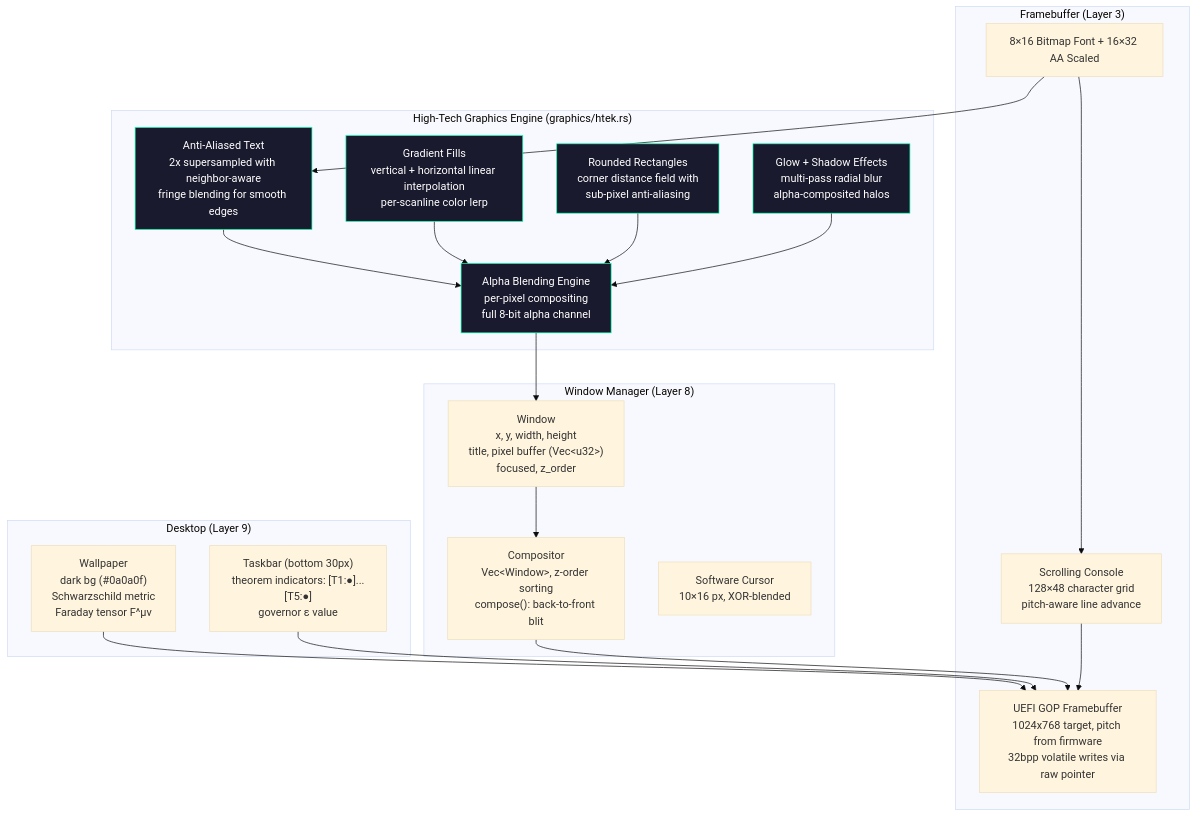
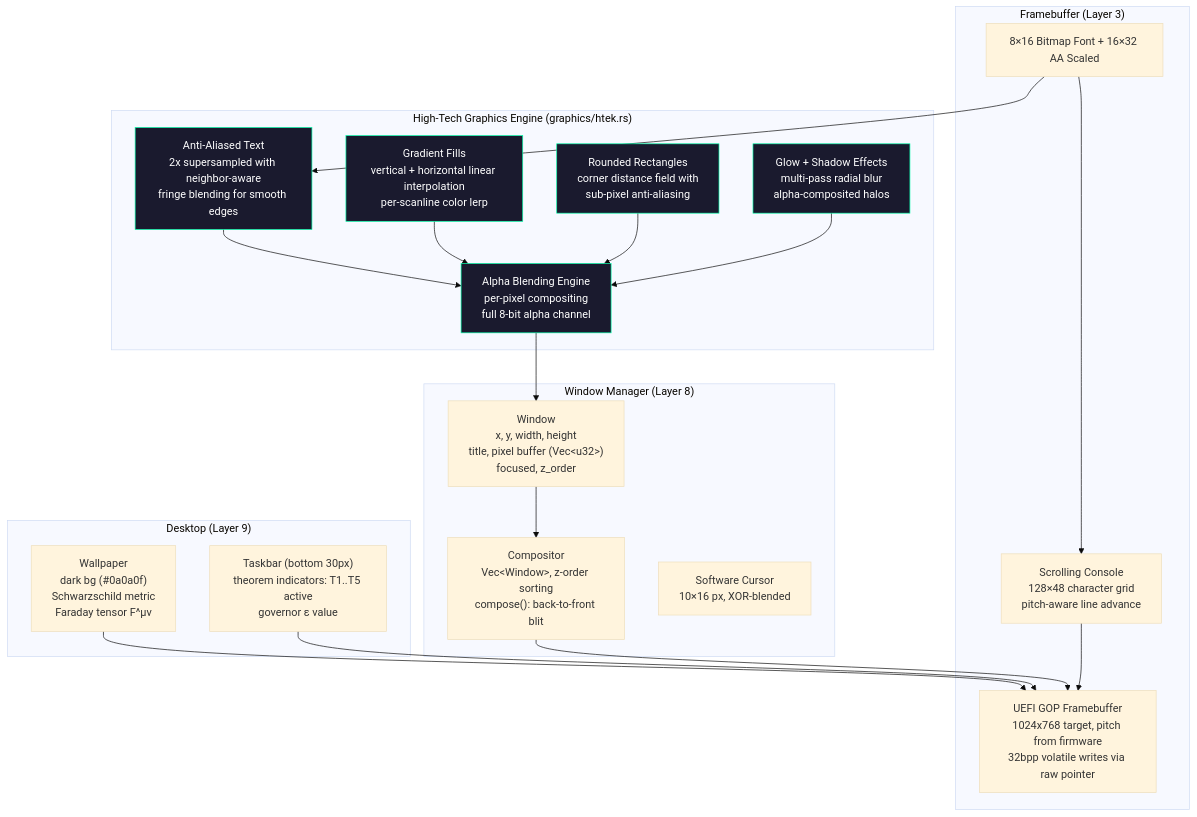
Before and after one commit to teerthsharma/Epsilon-Hollow: the tenth of 18 diagrams in README.md, drawn with Mermaid (base theme). The commit also changed other lines of this file and 110 other files, not shown here.

````diff
--- a/README.md
+++ b/README.md
@@ -824,43 +897,46 @@
 ```mermaid
 graph TD
-    subgraph "Framebuffer (Layer 3)"
+    subgraph SG41["Framebuffer (Layer 3)"]
         FB["UEFI GOP Framebuffer<br/>1024x768 target, pitch from firmware<br/>32bpp volatile writes via raw pointer"]
         FONT["8×16 Bitmap Font + 16×32 AA Scaled"]
         CONSOLE["Scrolling Console<br/>128×48 character grid<br/>pitch-aware line advance"]
     end
 
-    subgraph "High-Tech Graphics Engine (graphics/htek.rs)"
+    subgraph SG42["High-Tech Graphics Engine (graphics/htek.rs)"]
         HTEK_AA["Anti-Aliased Text<br/>2x supersampled with neighbor-aware<br/>fringe blending for smooth edges"]
         HTEK_GRAD["Gradient Fills<br/>vertical + horizontal linear interpolation<br/>per-scanline color lerp"]
         HTEK_ROUND["Rounded Rectangles<br/>corner distance field with<br/>sub-pixel anti-aliasing"]
         HTEK_GLOW["Glow + Shadow Effects<br/>multi-pass radial blur<br/>alpha-composited halos"]
         HTEK_BLEND["Alpha Blending Engine<br/>per-pixel compositing<br/>full 8-bit alpha channel"]
     end
 
-    subgraph "Window Manager (Layer 8)"
+    subgraph SG43["Window Manager (Layer 8)"]
         COMPOSITOR["Compositor<br/>Vec&lt;Window&gt;, z-order sorting<br/>compose(): back-to-front blit"]
         WINDOW["Window<br/>x, y, width, height<br/>title, pixel buffer (Vec&lt;u32&gt;)<br/>focused, z_order"]
         CURSOR["Software Cursor<br/>10×16 px, XOR-blended"]
     end
 
-    subgraph "Desktop (Layer 9)"
+    subgraph SG44["Desktop (Layer 9)"]
         WALLPAPER["Wallpaper<br/>dark bg (#0a0a0f)<br/>Schwarzschild metric<br/>Faraday tensor F^μν"]
-        TASKBAR["Taskbar (bottom 30px)<br/>theorem indicators: [T1:●]...[T5:●]<br/>governor ε value"]
+        TASKBAR["Taskbar (bottom 30px)<br/>theorem indicators: T1..T5 active<br/>governor ε value"]
     end
 
     WALLPAPER --> FB
     TASKBAR --> FB
     COMPOSITOR --> FB
     WINDOW --> COMPOSITOR
-    HTEK_AA & HTEK_GRAD & HTEK_ROUND & HTEK_GLOW --> HTEK_BLEND
+    HTEK_AA --> HTEK_BLEND
+    HTEK_GRAD --> HTEK_BLEND
+    HTEK_ROUND --> HTEK_BLEND
+    HTEK_GLOW --> HTEK_BLEND
     HTEK_BLEND --> WINDOW
     FONT --> HTEK_AA
     FONT --> CONSOLE
     CONSOLE --> FB
 
     style HTEK_AA fill:#1a1a2e,stroke:#00ffaa,color:#fff
     style HTEK_GRAD fill:#1a1a2e,stroke:#00ffaa,color:#fff
     style HTEK_ROUND fill:#1a1a2e,stroke:#00ffaa,color:#fff
     style HTEK_GLOW fill:#1a1a2e,stroke:#00ffaa,color:#fff
     style HTEK_BLEND fill:#1a1a2e,stroke:#00ffaa,color:#fff
 ```
````
